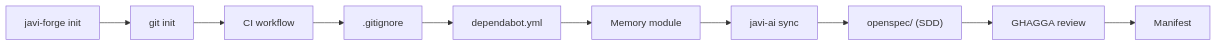
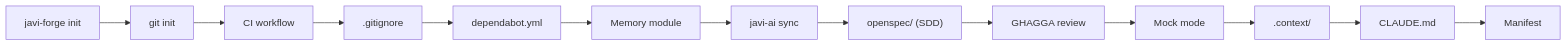
Before and after one commit to JNZader/javi-forge: the diagram in README.md, drawn with Mermaid. The commit also changed other lines of this file and 3 other files, not shown here.

````diff
--- a/README.md
+++ b/README.md
@@ -20,12 +20,15 @@
 ```mermaid
 flowchart LR
     A["javi-forge init"] --> B["git init"]
     B --> C["CI workflow"]
     C --> D[".gitignore"]
     D --> E["dependabot.yml"]
     E --> F["Memory module"]
     F --> G["javi-ai sync"]
     G --> H["openspec/ (SDD)"]
     H --> I["GHAGGA review"]
-    I --> J["Manifest"]
+    I --> J["Mock mode"]
+    J --> K[".context/"]
+    K --> L["CLAUDE.md"]
+    L --> M["Manifest"]
 ```
````
